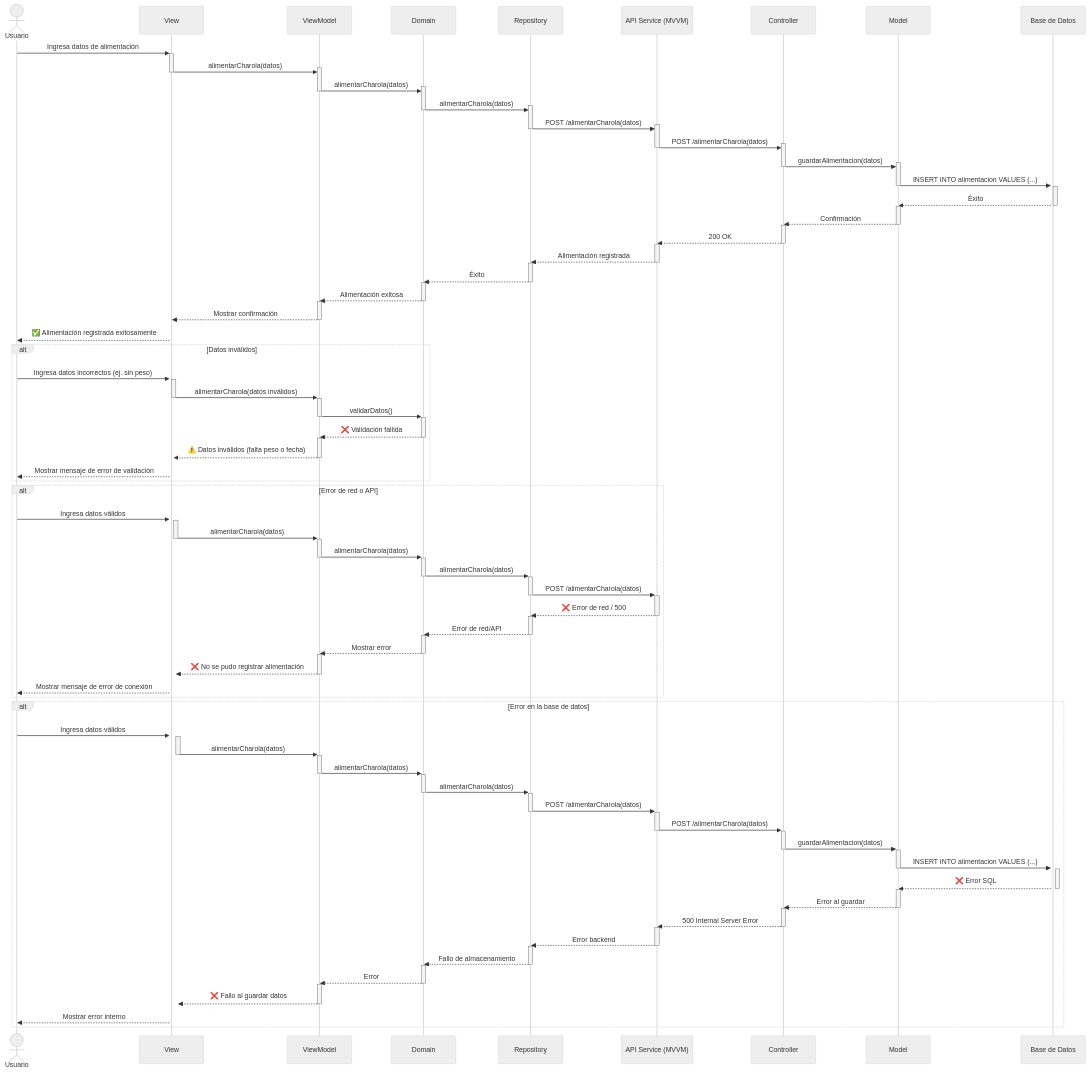
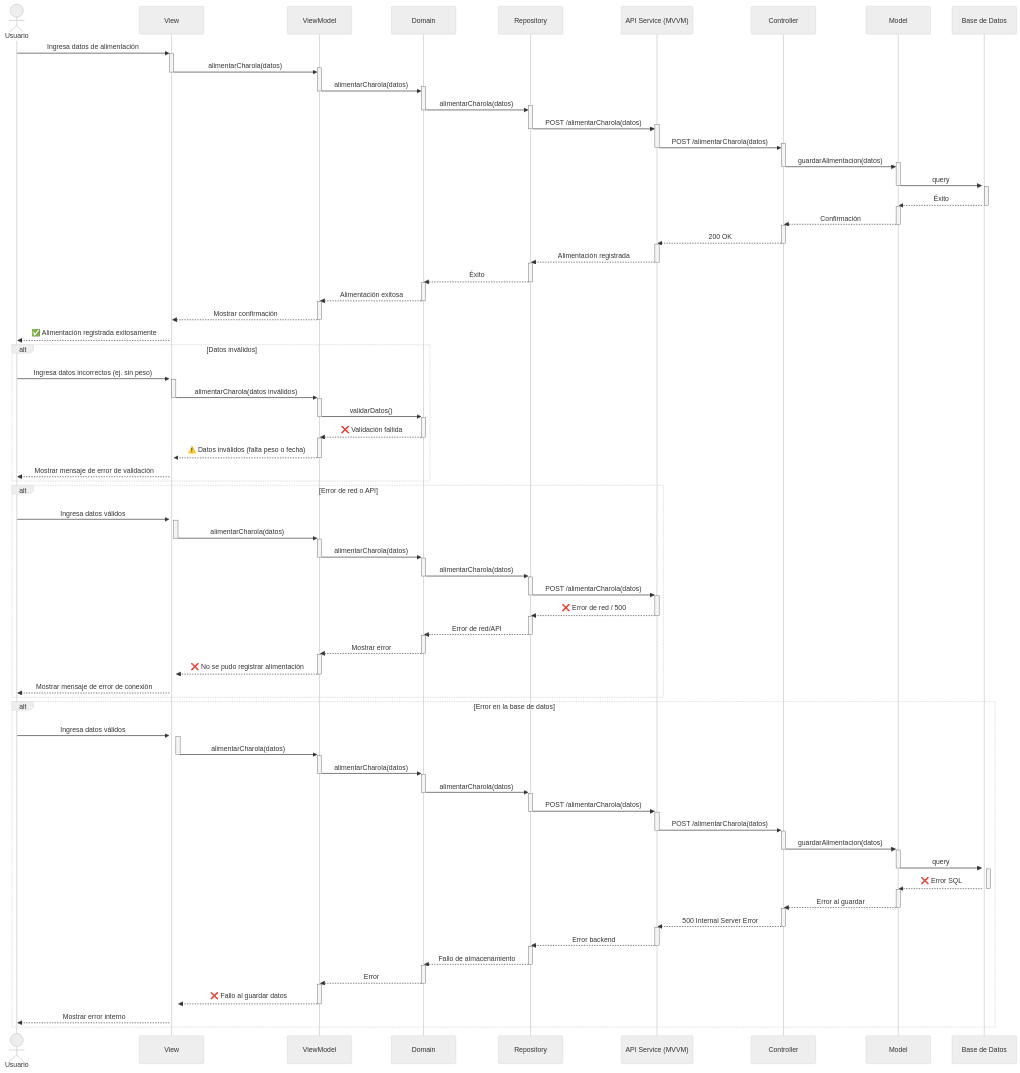
The diagram in documentation/docs/proyectos/larvas/documentacion/requisitos/RF26.md (CodeAnd-Co/Documentacion), drawn with Mermaid (neutral theme) before and after one commit. The commit also changed other lines of this file, not shown here.

Commit message:
Correcciones a la documentacion de la historia de usuario

```diff
--- a/documentation/docs/proyectos/larvas/documentacion/requisitos/RF26.md
+++ b/documentation/docs/proyectos/larvas/documentacion/requisitos/RF26.md
@@ -41,7 +42,7 @@
     deactivate APIService
     Controller->>+Model: guardarAlimentacion(datos)
     deactivate Controller
-    Model->>+Database: INSERT INTO alimentacion VALUES (...)
+    Model->>+Database: query
     deactivate Model
     activate Database
     Database-->>-Model: Éxito
@@ -108,7 +109,7 @@
         deactivate APIService
         Controller->>+Model: guardarAlimentacion(datos)
         deactivate Controller
-        Model->>+Database: INSERT INTO alimentacion VALUES (...)
+        Model->>+Database: query
         deactivate Model
         activate Database
         Database-->>-Model: ❌ Error SQL
```
